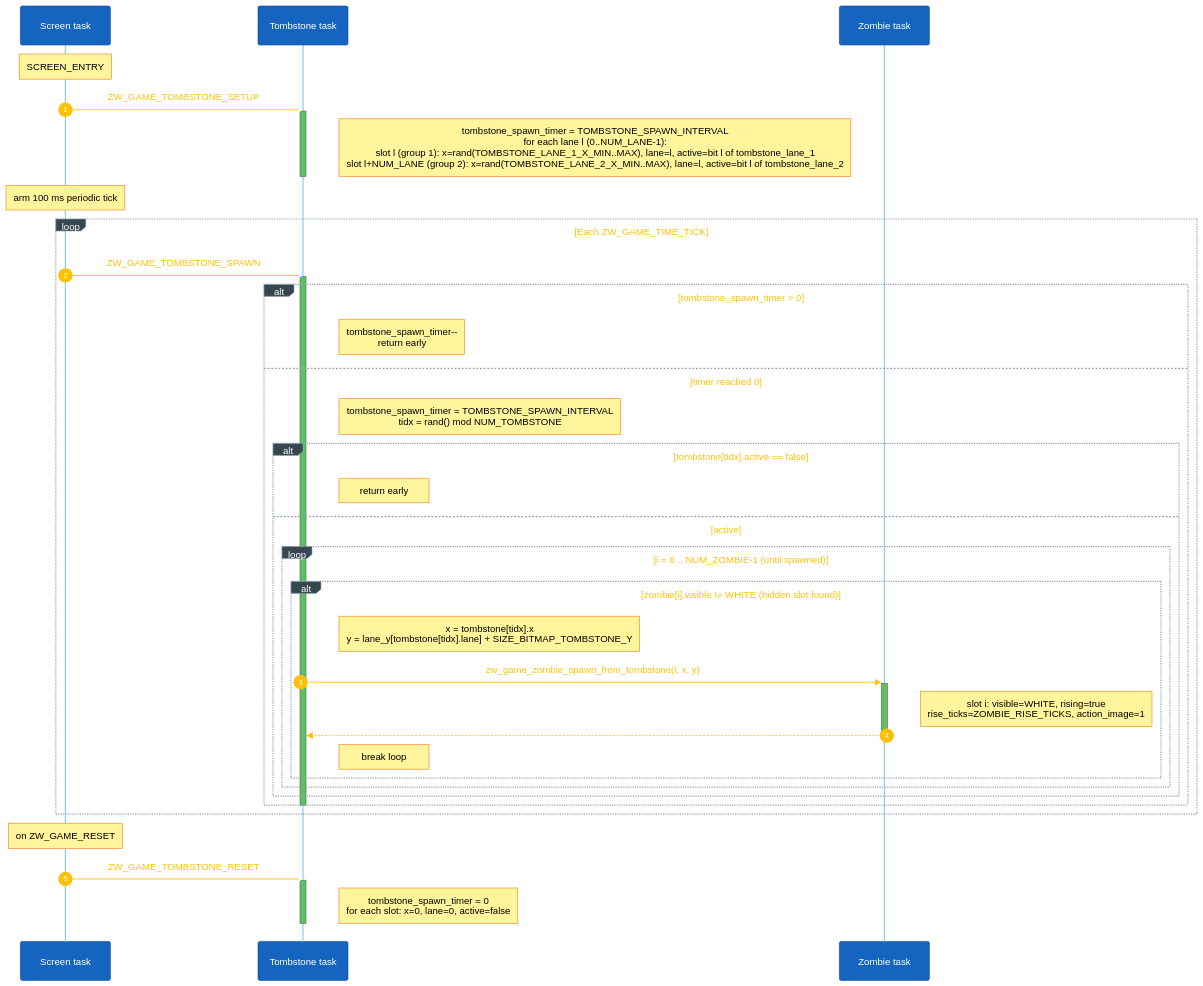
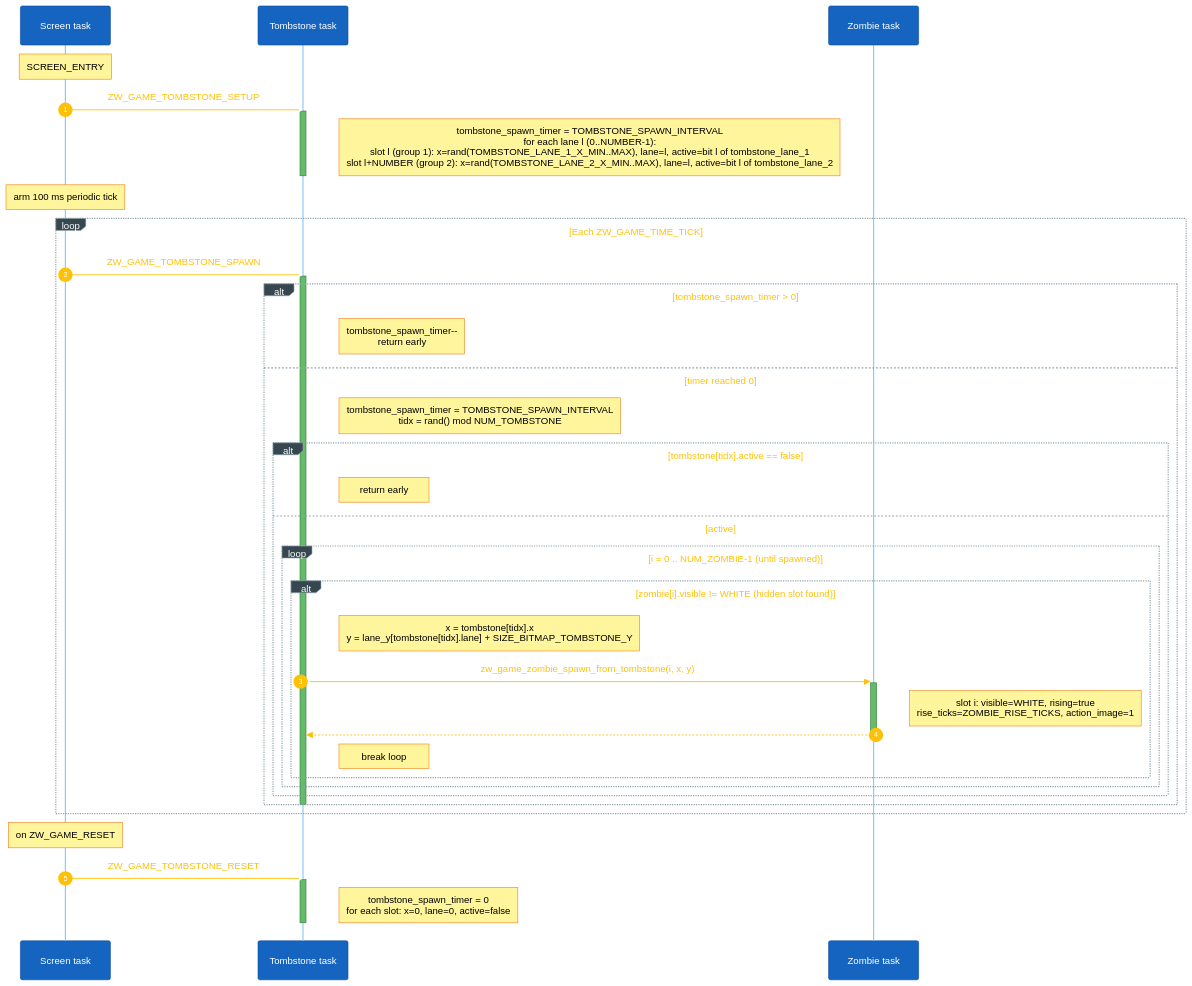
One commit to caotrongphuoc/mini-clock changed the fifth of 7 diagrams in docs/object_sequence.md. Above: the diagram before and after it, drawn with Mermaid. The commit also changed other lines of this file, not shown here.

Commit message:
Update object sequence doc

````diff
--- a/docs/object_sequence.md
+++ b/docs/object_sequence.md
@@ -328,45 +328,45 @@
 ```mermaid
 %%{init: {'theme':'base','themeVariables':{'fontSize':'18px','primaryColor':'#1565c0','primaryTextColor':'#ffffff','primaryBorderColor':'#0d47a1','lineColor':'#90a4ae','signalColor':'#ffc107','signalTextColor':'#ffc107','actorBkg':'#1565c0','actorBorder':'#0d47a1','actorTextColor':'#ffffff','actorLineColor':'#90caf9','noteBkgColor':'#fff59d','noteTextColor':'#000000','noteBorderColor':'#f57f17','activationBkgColor':'#66bb6a','activationBorderColor':'#2e7d32','sequenceNumberColor':'#ffffff','loopTextColor':'#ffc107','labelBoxBkgColor':'#37474f','labelBoxBorderColor':'#90a4ae','labelTextColor':'#ffffff'},'sequence':{'actorMargin':120,'messageFontSize':17,'noteFontSize':15,'actorFontSize':17,'boxMargin':15,'boxTextMargin':8,'noteMargin':12,'useMaxWidth':false}}}%%
 sequenceDiagram
     autonumber
     participant Scr as Screen task
     participant Tmb as Tombstone task
     participant Zmb as Zombie task
 
     Note over Scr: SCREEN_ENTRY
     Scr-)Tmb: ZW_GAME_TOMBSTONE_SETUP
     activate Tmb
-    Note right of Tmb: tombstone_spawn_timer = TOMBSTONE_SPAWN_INTERVAL<br/>for each lane l (0..NUM_LANE-1):<br/>  slot l (group 1): x=rand(TOMBSTONE_LANE_1_X_MIN..MAX), lane=l, active=bit l of tombstone_lane_1<br/>  slot l+NUM_LANE (group 2): x=rand(TOMBSTONE_LANE_2_X_MIN..MAX), lane=l, active=bit l of tombstone_lane_2
+    Note right of Tmb: tombstone_spawn_timer = TOMBSTONE_SPAWN_INTERVAL<br/>for each lane l (0..NUMBER-1):<br/>  slot l (group 1): x=rand(TOMBSTONE_LANE_1_X_MIN..MAX), lane=l, active=bit l of tombstone_lane_1<br/>  slot l+NUMBER (group 2): x=rand(TOMBSTONE_LANE_2_X_MIN..MAX), lane=l, active=bit l of tombstone_lane_2
     deactivate Tmb
     Note over Scr: arm 100 ms periodic tick
 
     loop Each ZW_GAME_TIME_TICK
         Scr-)Tmb: ZW_GAME_TOMBSTONE_SPAWN
         activate Tmb
         alt tombstone_spawn_timer > 0
             Note right of Tmb: tombstone_spawn_timer--<br/>return early
         else timer reached 0
             Note right of Tmb: tombstone_spawn_timer = TOMBSTONE_SPAWN_INTERVAL<br/>tidx = rand() mod NUM_TOMBSTONE
             alt tombstone[tidx].active == false
                 Note right of Tmb: return early
             else active
                 loop i = 0 .. NUM_ZOMBIE-1 (until spawned)
                     alt zombie[i].visible != WHITE (hidden slot found)
                         Note right of Tmb: x = tombstone[tidx].x<br/>y = lane_y[tombstone[tidx].lane] + SIZE_BITMAP_TOMBSTONE_Y
                         Tmb->>+Zmb: zw_game_zombie_spawn_from_tombstone(i, x, y)
                         Note right of Zmb: slot i: visible=WHITE, rising=true<br/>rise_ticks=ZOMBIE_RISE_TICKS, action_image=1
                         Zmb-->>-Tmb: 
                         Note right of Tmb: break loop
                     end
                 end
             end
         end
         deactivate Tmb
     end
 
     Note over Scr: on ZW_GAME_RESET
     Scr-)Tmb: ZW_GAME_TOMBSTONE_RESET
     activate Tmb
     Note right of Tmb: tombstone_spawn_timer = 0<br/>for each slot: x=0, lane=0, active=false
     deactivate Tmb
 ```
````
